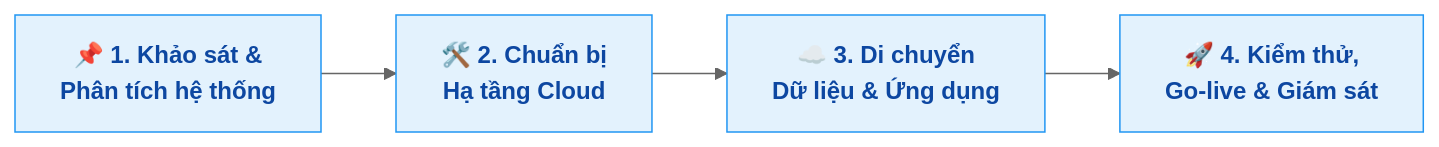
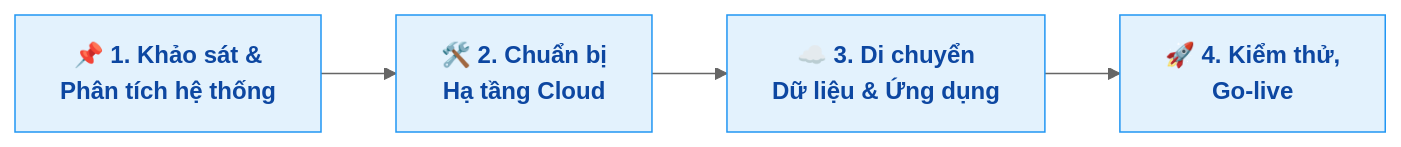
One commit to quangkhoi1228/cloud-solution-agents changed the second of 2 diagrams in backend/workspace/2025_07_di_chuyen_he_thong_len_fpt_smart_cloud/final_proposal.md. Above: the diagram before and after it, drawn with Mermaid (neutral theme). The commit also changed other lines of this file and 353 other files, not shown here.

````diff
--- a/backend/workspace/2025_07_di_chuyen_he_thong_len_fpt_smart_cloud/final_proposal.md
+++ b/backend/workspace/2025_07_di_chuyen_he_thong_len_fpt_smart_cloud/final_proposal.md
@@ -40,13 +49,13 @@
 ```mermaid
 flowchart LR
 A[📌 1. Khảo sát &<br>Phân tích hệ thống]
 B[🛠️ 2. Chuẩn bị<br>Hạ tầng Cloud]
 C[☁️ 3. Di chuyển<br>Dữ liệu & Ứng dụng]
-D[🚀 4. Kiểm thử,<br>Go-live & Giám sát]
+D[🚀 4. Kiểm thử,<br>Go-live]
 
 A --> B --> C --> D
 
 %% Styling
 classDef phase fill:#e3f2fd,stroke:#2196f3,color:#0d47a1,font-weight:bold;
 class A,B,C,D phase;
 ```
````
